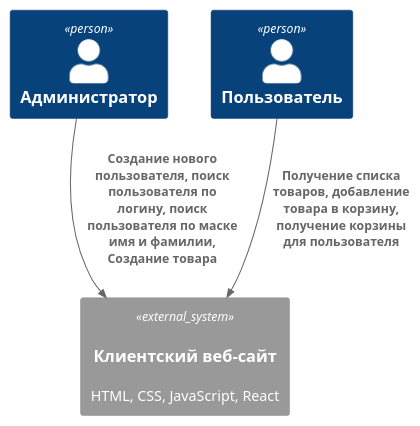
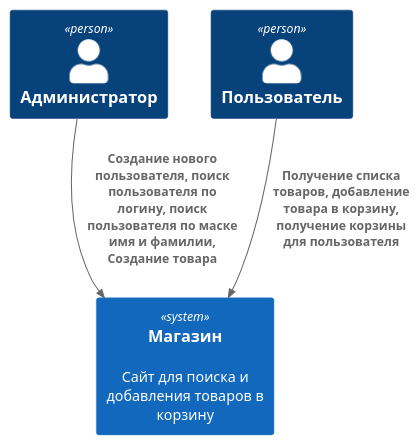
One commit to vpyzhov/MAI_AIS changed the diagram in hl_mai_lab_00_vp/context.md. Above: the diagram before and after it, drawn with PlantUML.

Commit message:
context update-c

````diff
--- a/hl_mai_lab_00_vp/context.md
+++ b/hl_mai_lab_00_vp/context.md
@@ -4,21 +4,21 @@
 ```plantuml
 @startuml
 !include https://raw.githubusercontent.com/plantuml-stdlib/C4-PlantUML/master/C4_Container.puml
 
 AddElementTag("microService", $shape=EightSidedShape(), $bgColor="CornflowerBlue", $fontColor="white", $legendText="microservice")
 AddElementTag("storage", $shape=RoundedBoxShape(), $bgColor="lightSkyBlue", $fontColor="white")
 
 Person(admin, "Администратор")
 Person(user, "Пользователь")
 
-System_Ext(web_site, "Клиентский веб-сайт", "HTML, CSS, JavaScript, React", "Веб-интерфейс")
+System(conference_site, "Магазин", "Сайт для поиска и добавления товаров в корзину")
 
 
 
-Rel(admin, web_site, "Создание нового пользователя, поиск пользователя по логину, поиск пользователя по маске имя и фамилии, Создание товара")
-Rel(user, web_site, "Получение списка товаров, добавление товара в корзину, получение корзины для пользователя")
+Rel(admin, conference_site, "Создание нового пользователя, поиск пользователя по логину, поиск пользователя по маске имя и фамилии, Создание товара")
+Rel(user, conference_site, "Получение списка товаров, добавление товара в корзину, получение корзины для пользователя")
 
 
 
 @enduml
 ```
````
